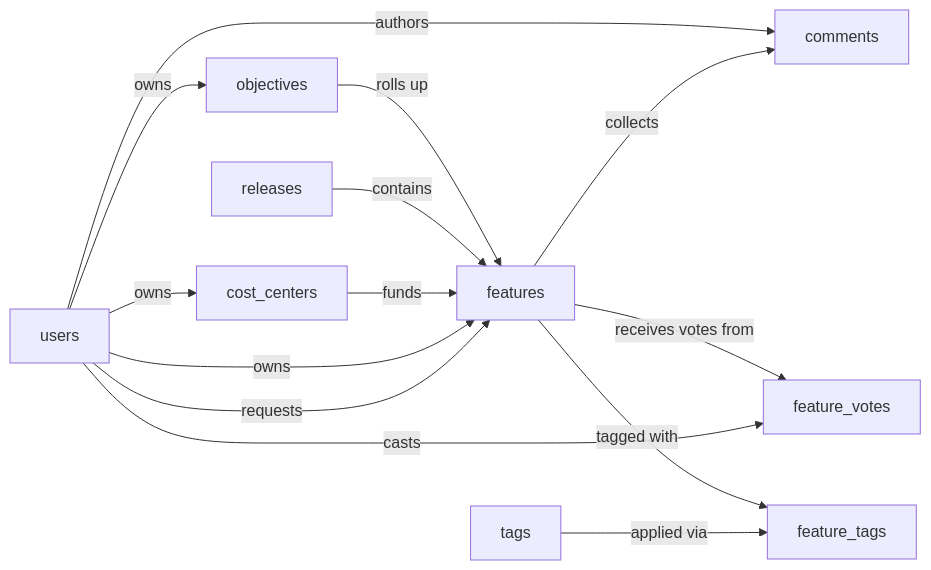
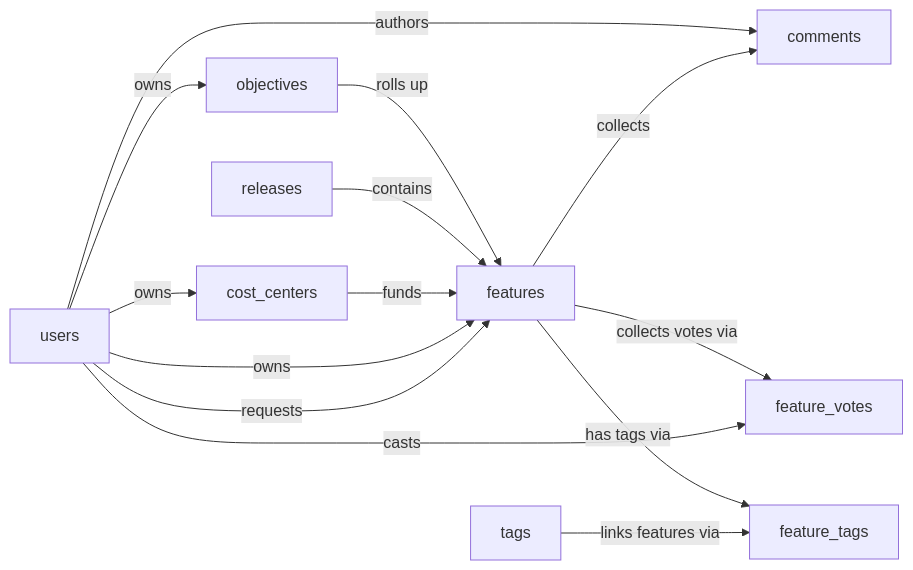
One commit to semantius/semantius changed the diagram in models/product_roadmap-semantic-model.md. Above: the diagram before and after it, drawn with Mermaid. The commit also changed other lines of this file and 34 other files, not shown here.

````diff
--- a/models/product_roadmap-semantic-model.md
+++ b/models/product_roadmap-semantic-model.md
@@ -46,16 +49,16 @@
 ```mermaid
 flowchart LR
     objectives -->|rolls up| features
     releases -->|contains| features
     cost_centers -->|funds| features
     users -->|owns| objectives
     users -->|owns| features
     users -->|requests| features
     users -->|owns| cost_centers
     users -->|authors| comments
     features -->|collects| comments
-    features -->|receives votes from| feature_votes
+    features -->|collects votes via| feature_votes
     users -->|casts| feature_votes
-    features -->|tagged with| feature_tags
-    tags -->|applied via| feature_tags
+    features -->|has tags via| feature_tags
+    tags -->|links features via| feature_tags
 ```
````
